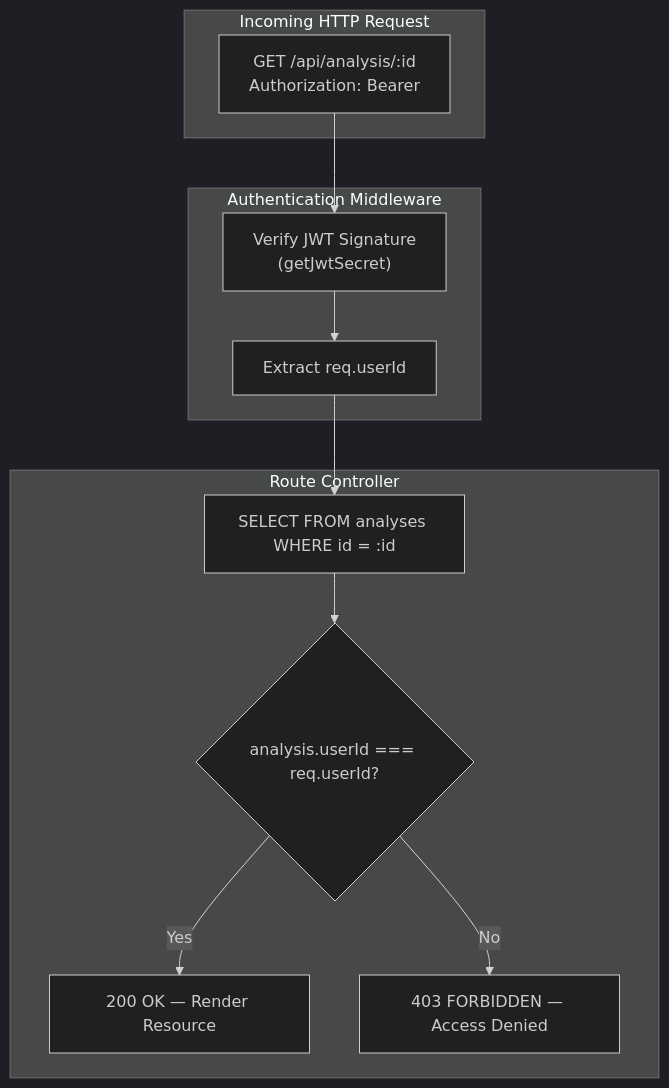
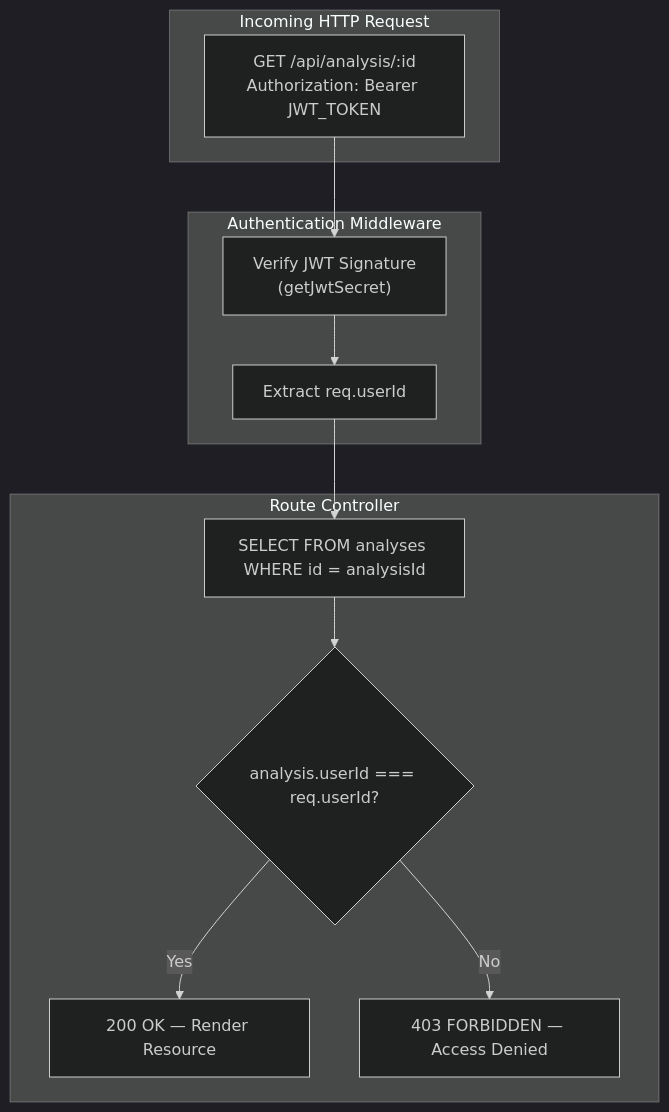
The fifth of 6 diagrams in README.md (Prajjwaltripathi20/GapCheck), drawn with Mermaid (dark theme) before and after one commit. The commit also changed other lines of this file, not shown here.

Commit message:
fix(docs): fix Mermaid diagram syntax errors for GitHub rich display

````diff
--- a/README.md
+++ b/README.md
@@ -602,22 +602,22 @@
 ```mermaid
 flowchart TD
     subgraph Request ["Incoming HTTP Request"]
-        REQ["GET /api/analysis/:id<br/>Authorization: Bearer <jwt>"]
+        REQ["GET /api/analysis/:id<br/>Authorization: Bearer JWT_TOKEN"]
     end
 
     subgraph AuthMiddleware ["Authentication Middleware"]
         VFY["Verify JWT Signature<br/>(getJwtSecret)"]
         UID["Extract req.userId"]
     end
 
     subgraph Controller ["Route Controller"]
-        FETCH["SELECT FROM analyses WHERE id = :id"]
+        FETCH["SELECT FROM analyses WHERE id = analysisId"]
         CHECK{"analysis.userId === req.userId?"}
         ALLOW["200 OK — Render Resource"]
         DENY["403 FORBIDDEN — Access Denied"]
     end
 
     REQ --> VFY --> UID --> FETCH --> CHECK
     CHECK -- Yes --> ALLOW
     CHECK -- No --> DENY
 ```
````
